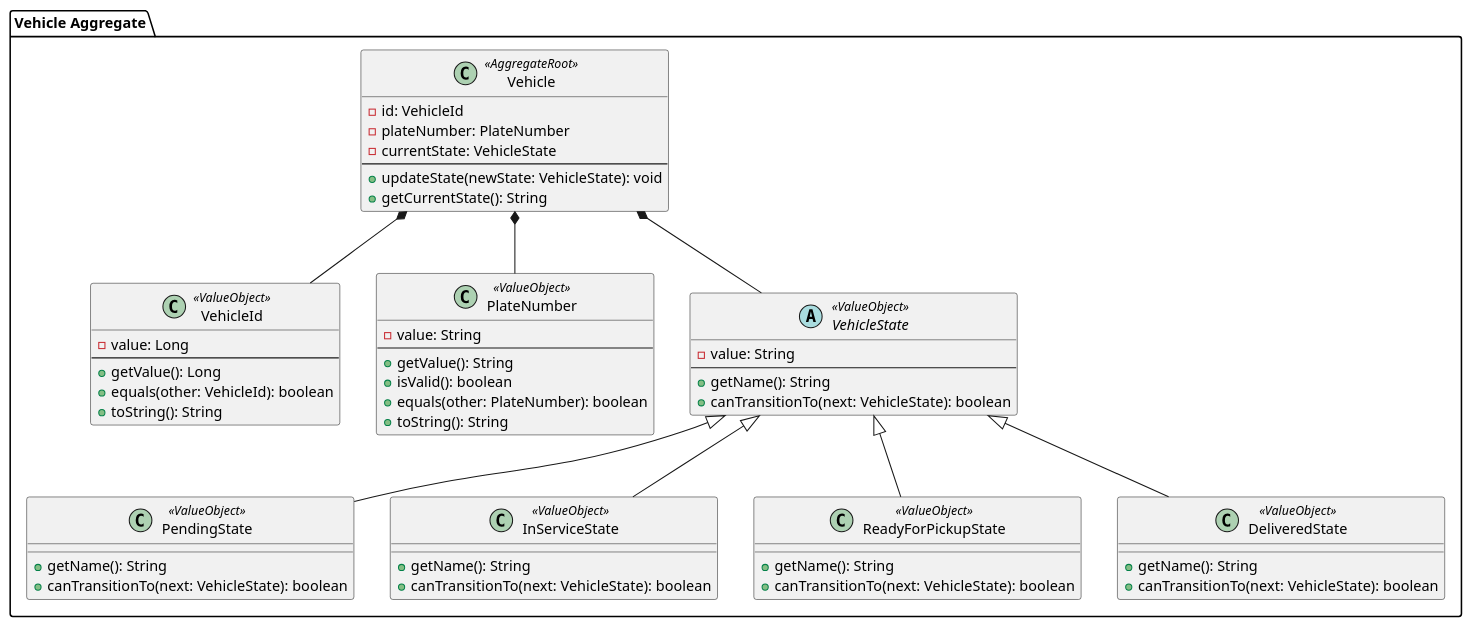
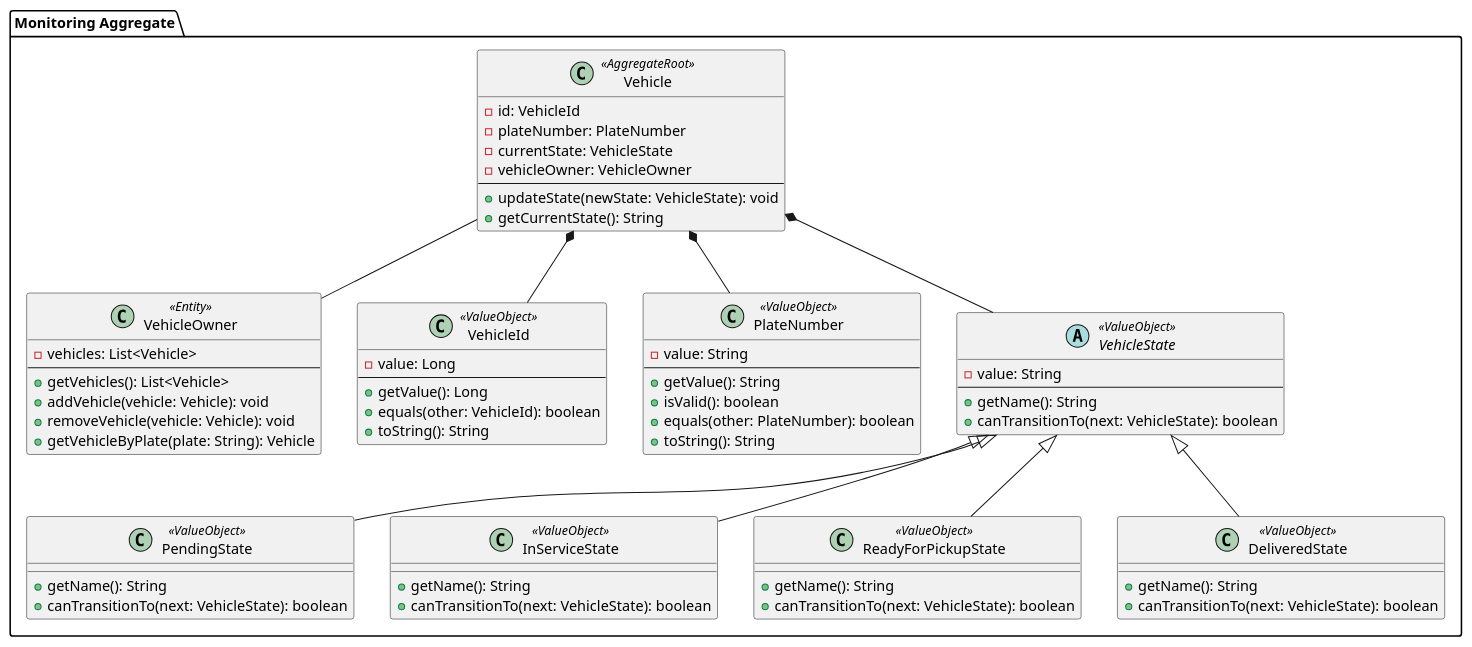
Before and after one commit to SoftwareD-P/Proyect-Documentation: the diagram in Diagrams/aggregates/monitoring.puml, drawn with PlantUML. The commit also changed 8 other files, not shown here.

Commit message:
chore: Diagrams updated

```diff
--- a/Diagrams/aggregates/monitoring.puml
+++ b/Diagrams/aggregates/monitoring.puml
@@ -1,63 +1,74 @@
 @startuml Monitoring BC Aggregate
 
-package "Vehicle Aggregate" {
+package "Monitoring Aggregate" {
 
   class Vehicle <<AggregateRoot>> {
     - id: VehicleId
     - plateNumber: PlateNumber
     - currentState: VehicleState
+    - vehicleOwner: VehicleOwner
     --
     + updateState(newState: VehicleState): void
     + getCurrentState(): String
+  }
+
+  class VehicleOwner <<Entity>> {
+    - vehicles: List<Vehicle>
+    --
+    + getVehicles(): List<Vehicle>
+    + addVehicle(vehicle: Vehicle): void
+    + removeVehicle(vehicle: Vehicle): void
+    + getVehicleByPlate(plate: String): Vehicle
   }
 
   class VehicleId <<ValueObject>> {
     - value: Long
     --
     + getValue(): Long
     + equals(other: VehicleId): boolean
     + toString(): String
   }
 
   class PlateNumber <<ValueObject>> {
     - value: String
     --
     + getValue(): String
     + isValid(): boolean
     + equals(other: PlateNumber): boolean
     + toString(): String
   }
 
   abstract class VehicleState <<ValueObject>> {
     - value: String
     --
     + getName(): String
     + canTransitionTo(next: VehicleState): boolean
   }
 
   class PendingState <<ValueObject>> extends VehicleState {
     + getName(): String
     + canTransitionTo(next: VehicleState): boolean
   }
 
   class InServiceState <<ValueObject>> extends VehicleState {
     + getName(): String
     + canTransitionTo(next: VehicleState): boolean
   }
 
   class ReadyForPickupState <<ValueObject>> extends VehicleState {
     + getName(): String
     + canTransitionTo(next: VehicleState): boolean
   }
 
   class DeliveredState <<ValueObject>> extends VehicleState {
     + getName(): String
     + canTransitionTo(next: VehicleState): boolean
   }
 
   Vehicle *-- VehicleId
   Vehicle *-- PlateNumber
   Vehicle *-- VehicleState
+  Vehicle -- VehicleOwner
 
 }
 @enduml
```
